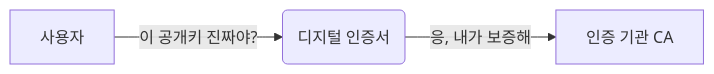
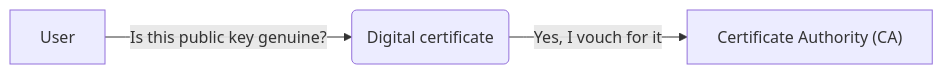
Before and after one commit to jeonck/k8s-adv: the fourth of 5 diagrams in content/security/01-foundation/14-ca-and-root-ca.md, drawn with Mermaid. The commit also changed other lines of this file and 223 other files, not shown here.

````diff
--- a/content/security/01-foundation/14-ca-and-root-ca.md
+++ b/content/security/01-foundation/14-ca-and-root-ca.md
@@ -98,5 +98,5 @@
 ```mermaid
 graph LR
-    A["사용자"] -- "이 공개키 진짜야?" --> B("디지털 인증서")
-    B -- "응, 내가 보증해" --> C["인증 기관 CA"]
+    A["User"] -- "Is this public key genuine?" --> B("Digital certificate")
+    B -- "Yes, I vouch for it" --> C["Certificate Authority (CA)"]
 ```
````
